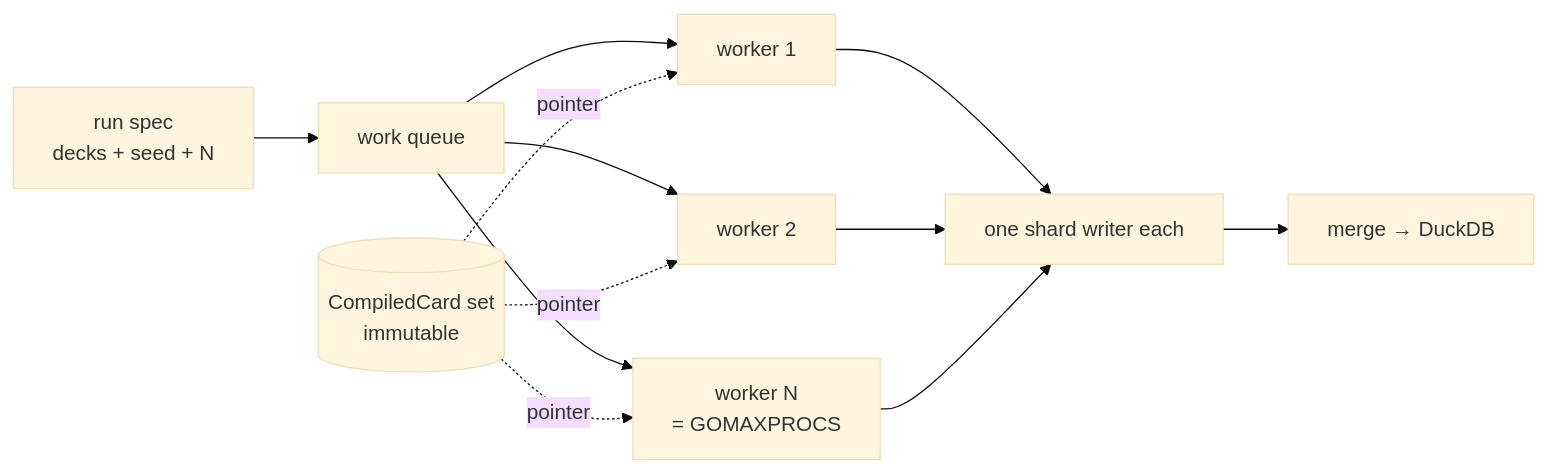
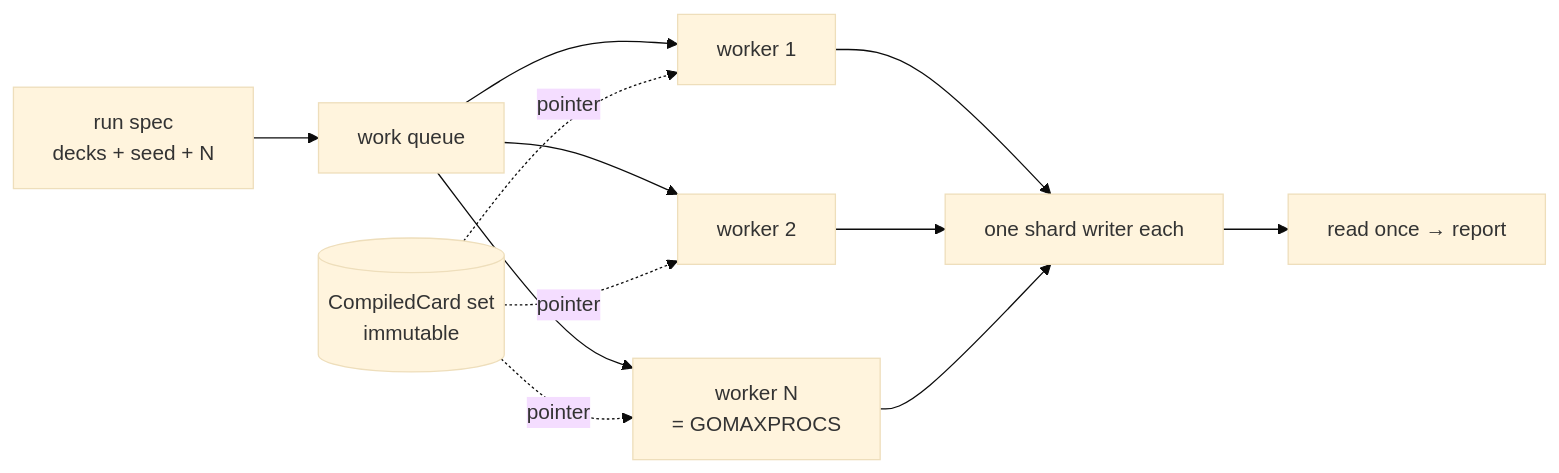
One commit to Card-Forge/forge changed the diagram in docs/crucible/design/concurrency-and-determinism.md. Above: the diagram before and after it, drawn with Mermaid (base theme). The commit also changed 7 other files, not shown here.

First line of the commit message:
docs: report without DuckDB in v1

````diff
--- a/docs/crucible/design/concurrency-and-determinism.md
+++ b/docs/crucible/design/concurrency-and-determinism.md
@@ -17,10 +17,10 @@
 ```mermaid
 flowchart LR
   spec["run spec<br/>decks + seed + N"] --> q["work queue"]
   q --> w1["worker 1"]
   q --> w2["worker 2"]
   q --> wn["worker N<br/>= GOMAXPROCS"]
   db[("CompiledCard set<br/>immutable")] -.pointer.-> w1 & w2 & wn
   w1 & w2 & wn --> sh["one shard writer each"]
-  sh --> merge["merge → DuckDB"]
+  sh --> merge["read once → report"]
 ```
````
